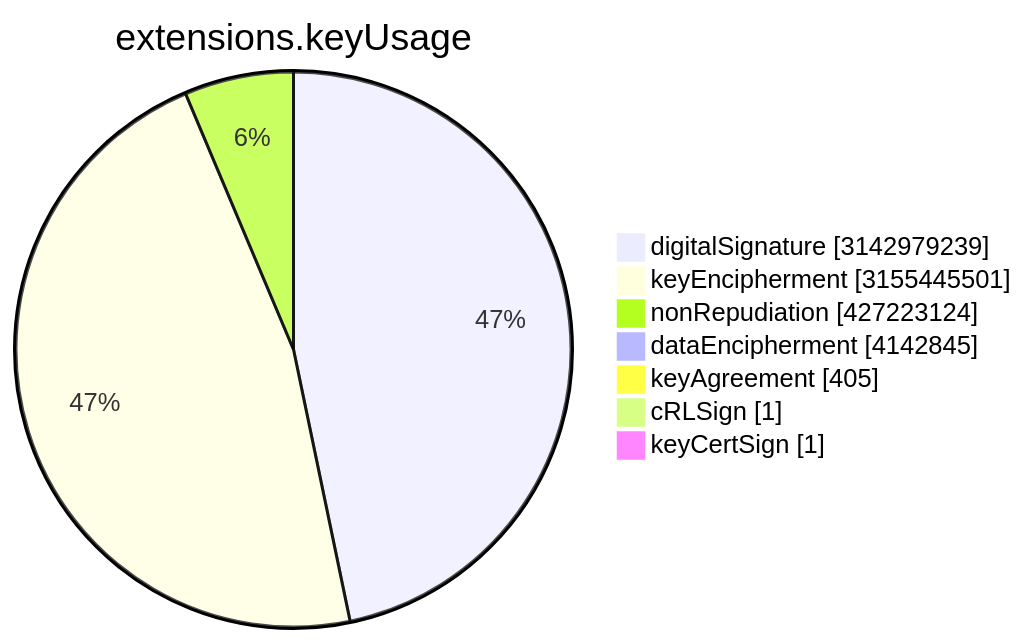
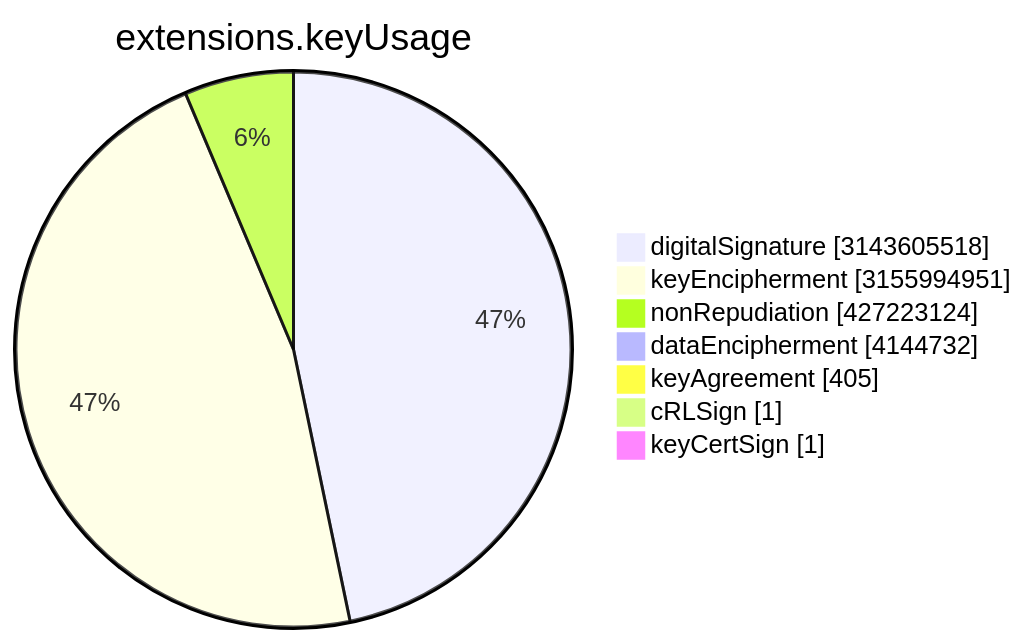
The sixth of 15 diagrams in TOTAL/README.md (christiankrug/ctmonitor_visualization), drawn with Mermaid before and after one commit. The commit also changed other lines of this file, not shown here.

````diff
--- a/TOTAL/README.md
+++ b/TOTAL/README.md
@@ -3077,11 +3077,11 @@
 ```mermaid
 pie showData
 title extensions.keyUsage
-"digitalSignature" :3142979239
-"keyEncipherment" :3155445501
+"digitalSignature" :3143605518
+"keyEncipherment" :3155994951
 "nonRepudiation" :427223124
-"dataEncipherment" :4142845
+"dataEncipherment" :4144732
 "keyAgreement" :405
 "cRLSign" :1
 "keyCertSign" :1
 ```
````
